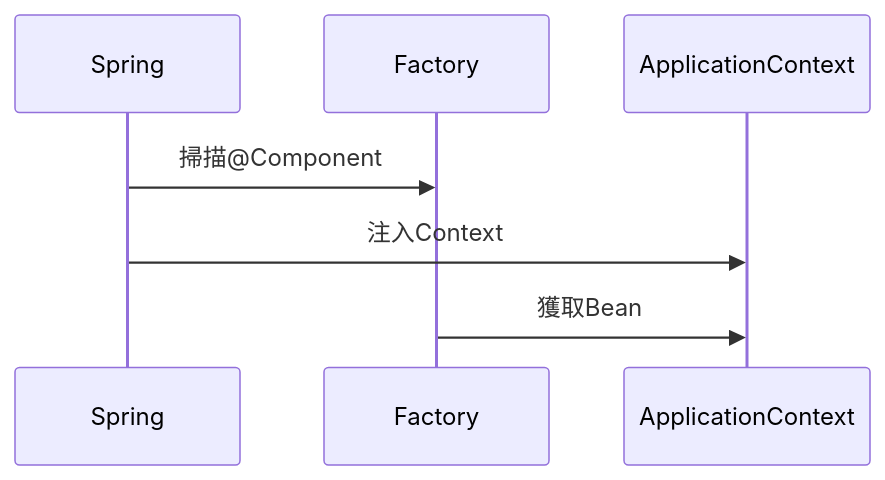
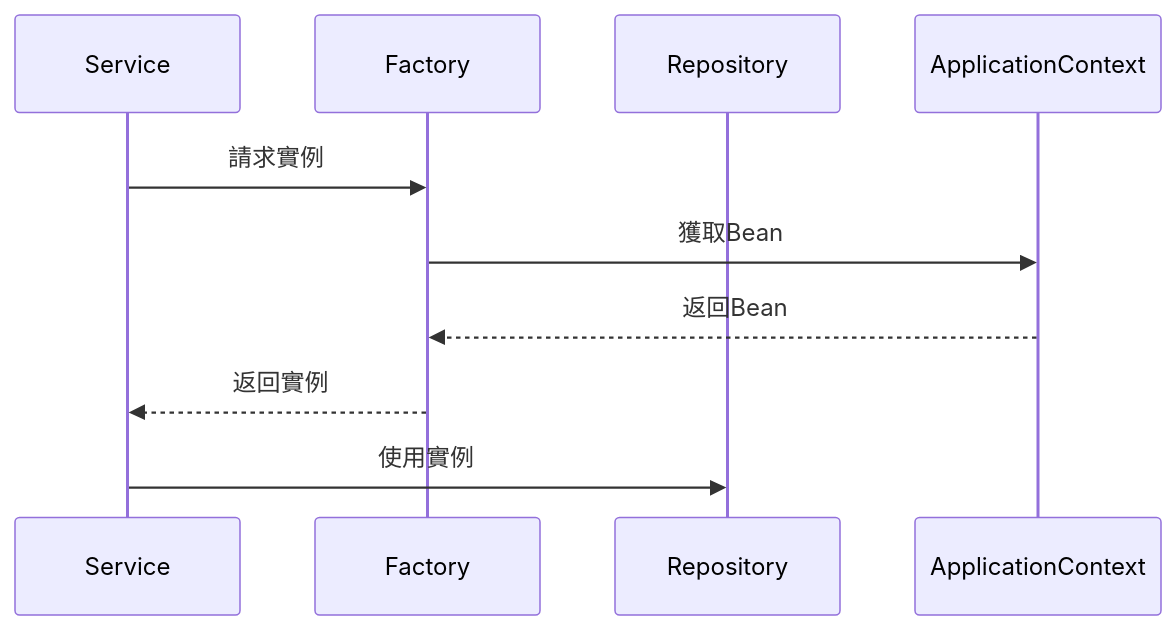
The fifth of 12 diagrams in README.md (Vinskao/ty-multiverse-backend), drawn with Mermaid before and after one commit. The commit also changed other lines of this file and 1 other file, not shown here.

Commit message:
info: 設計圖更新

````diff
--- a/README.md
+++ b/README.md
@@ -88,10 +116,13 @@
 ```mermaid
 sequenceDiagram
-    participant Spring
+    participant Service
     participant Factory
+    participant Repository
     participant ApplicationContext
     
-    Spring->>Factory: 掃描@Component
-    Spring->>ApplicationContext: 注入Context
+    Service->>Factory: 請求實例
     Factory->>ApplicationContext: 獲取Bean
+    ApplicationContext-->>Factory: 返回Bean
+    Factory-->>Service: 返回實例
+    Service->>Repository: 使用實例
 ```
````
